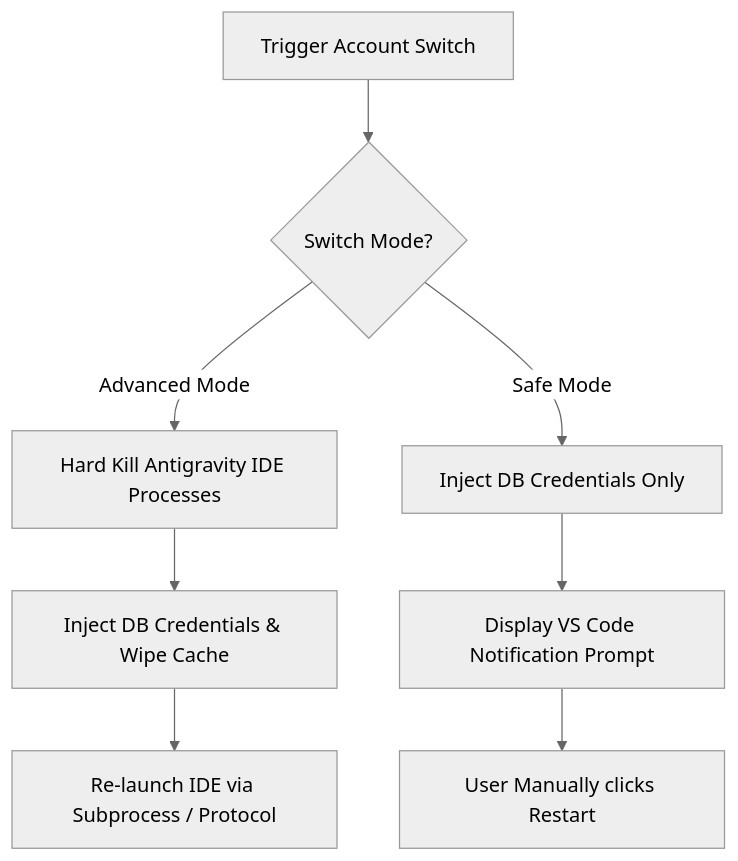
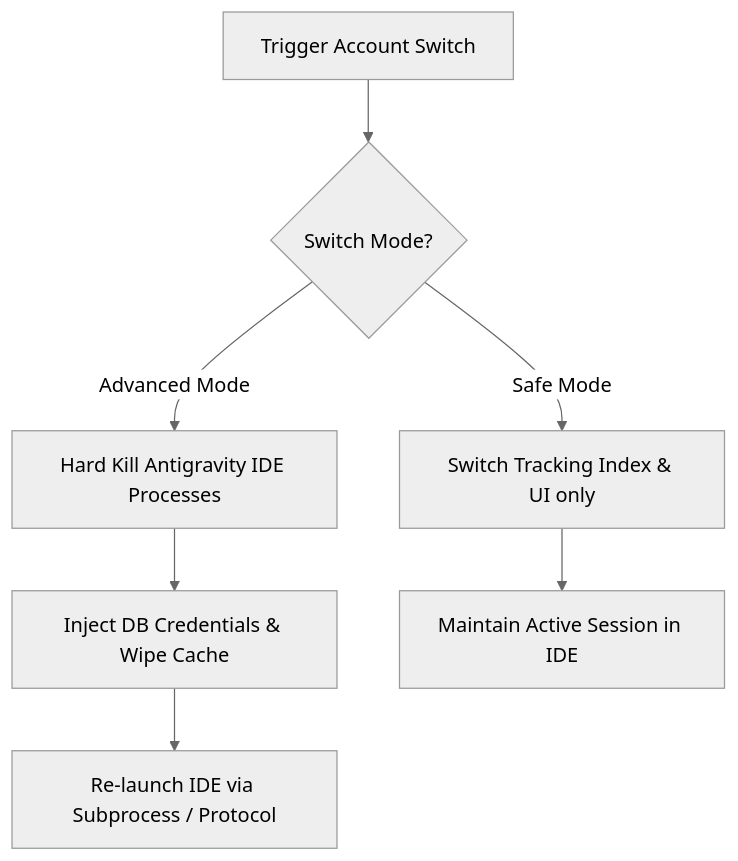
One commit to Anbu-2006/Antigravity-Mission-Control changed the diagram in README.md. Above: the diagram before and after it, drawn with Mermaid (neutral theme). The commit also changed other lines of this file, not shown here.

````diff
--- a/README.md
+++ b/README.md
@@ -48,10 +62,9 @@
 ```mermaid
 graph TD
     A[Trigger Account Switch] --> B{Switch Mode?}
     B -->|Advanced Mode| C[Hard Kill Antigravity IDE Processes]
     C --> D[Inject DB Credentials & Wipe Cache]
     D --> E[Re-launch IDE via Subprocess / Protocol]
-    B -->|Safe Mode| F[Inject DB Credentials Only]
-    F --> G[Display VS Code Notification Prompt]
-    G --> H[User Manually clicks Restart]
+    B -->|Safe Mode| F[Switch Tracking Index & UI only]
+    F --> G[Maintain Active Session in IDE]
 ```
````
